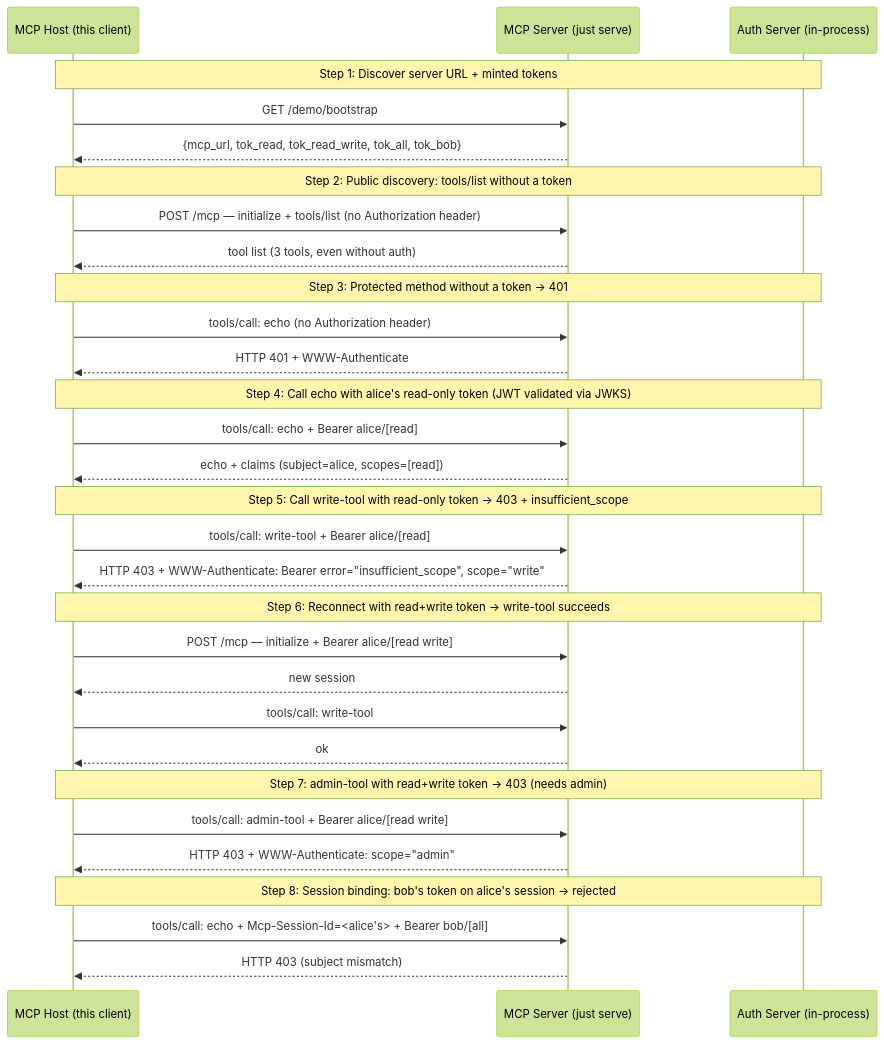
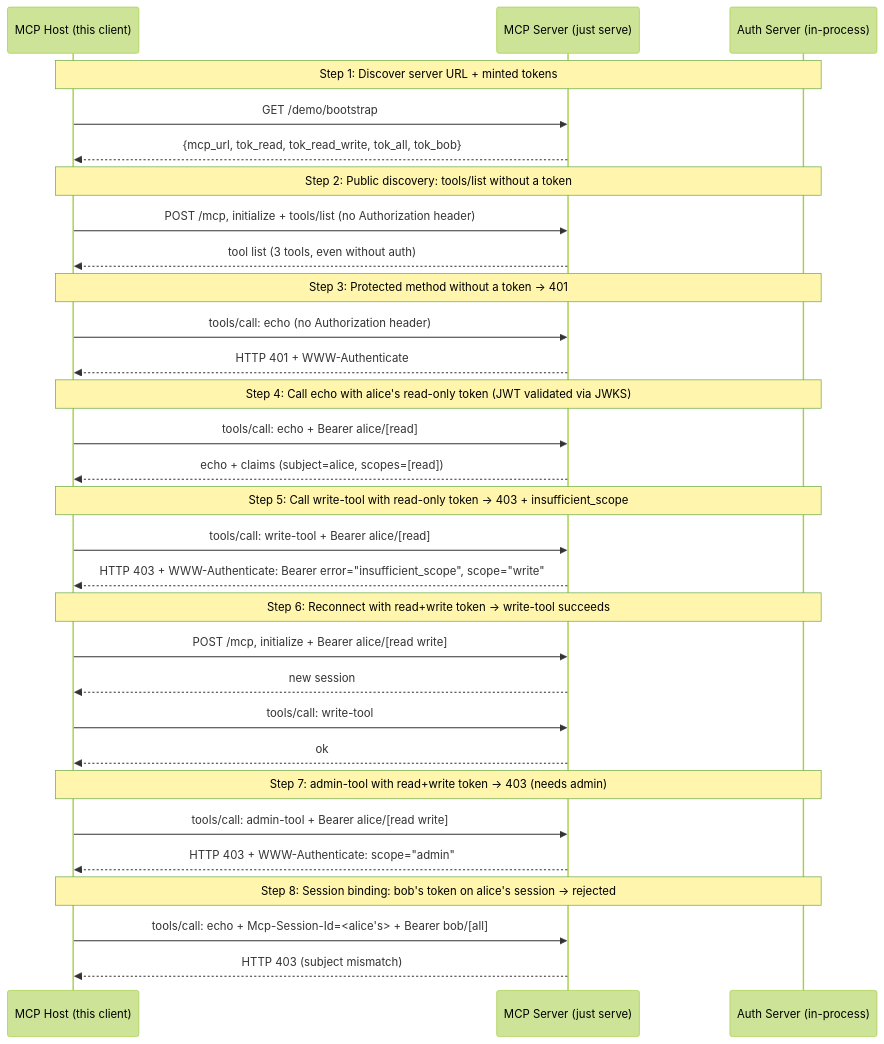
One commit to panyam/mcpkit changed the diagram in examples/auth/WALKTHROUGH.md. Above: the diagram before and after it, drawn with Mermaid (forest theme). The commit also changed other lines of this file and 54 other files, not shown here.

````diff
--- a/examples/auth/WALKTHROUGH.md
+++ b/examples/auth/WALKTHROUGH.md
@@ -18,40 +18,40 @@
 ```mermaid
 sequenceDiagram
     participant Host as MCP Host (this client)
     participant Server as MCP Server (just serve)
     participant AS as Auth Server (in-process)
 
     Note over Host,AS: Step 1: Discover server URL + minted tokens
     Host->>Server: GET /demo/bootstrap
     Server-->>Host: {mcp_url, tok_read, tok_read_write, tok_all, tok_bob}
 
     Note over Host,AS: Step 2: Public discovery: tools/list without a token
-    Host->>Server: POST /mcp — initialize + tools/list (no Authorization header)
+    Host->>Server: POST /mcp, initialize + tools/list (no Authorization header)
     Server-->>Host: tool list (3 tools, even without auth)
 
     Note over Host,AS: Step 3: Protected method without a token → 401
     Host->>Server: tools/call: echo  (no Authorization header)
     Server-->>Host: HTTP 401 + WWW-Authenticate
 
     Note over Host,AS: Step 4: Call echo with alice's read-only token (JWT validated via JWKS)
     Host->>Server: tools/call: echo + Bearer alice/[read]
     Server-->>Host: echo + claims (subject=alice, scopes=[read])
 
     Note over Host,AS: Step 5: Call write-tool with read-only token → 403 + insufficient_scope
     Host->>Server: tools/call: write-tool + Bearer alice/[read]
     Server-->>Host: HTTP 403 + WWW-Authenticate: Bearer error="insufficient_scope", scope="write"
 
     Note over Host,AS: Step 6: Reconnect with read+write token → write-tool succeeds
-    Host->>Server: POST /mcp — initialize + Bearer alice/[read write]
+    Host->>Server: POST /mcp, initialize + Bearer alice/[read write]
     Server-->>Host: new session
     Host->>Server: tools/call: write-tool
     Server-->>Host: ok
 
     Note over Host,AS: Step 7: admin-tool with read+write token → 403 (needs admin)
     Host->>Server: tools/call: admin-tool + Bearer alice/[read write]
     Server-->>Host: HTTP 403 + WWW-Authenticate: scope="admin"
 
     Note over Host,AS: Step 8: Session binding: bob's token on alice's session → rejected
     Host->>Server: tools/call: echo + Mcp-Session-Id=<alice's> + Bearer bob/[all]
     Server-->>Host: HTTP 403 (subject mismatch)
 ```
````
